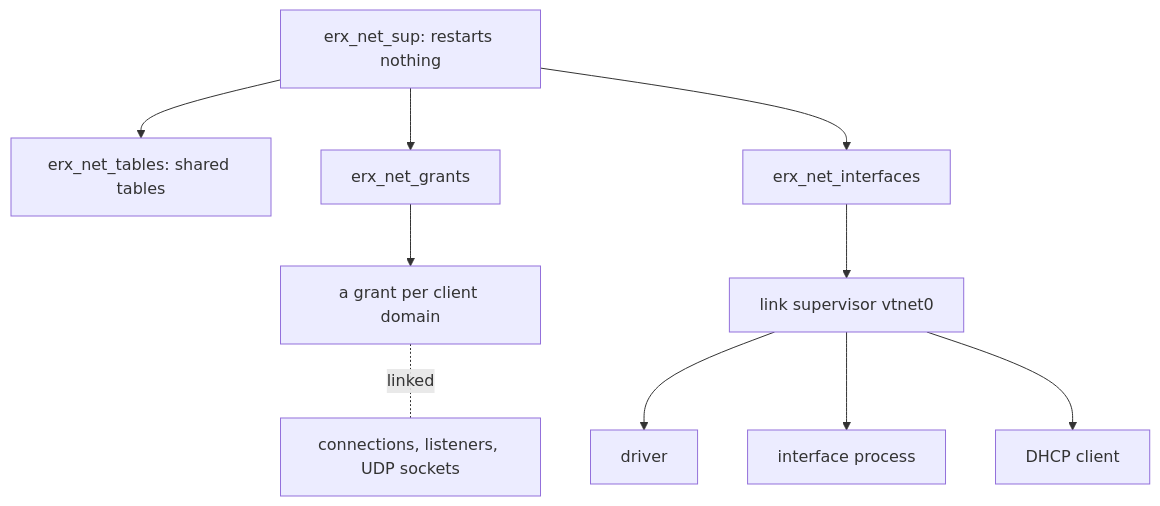
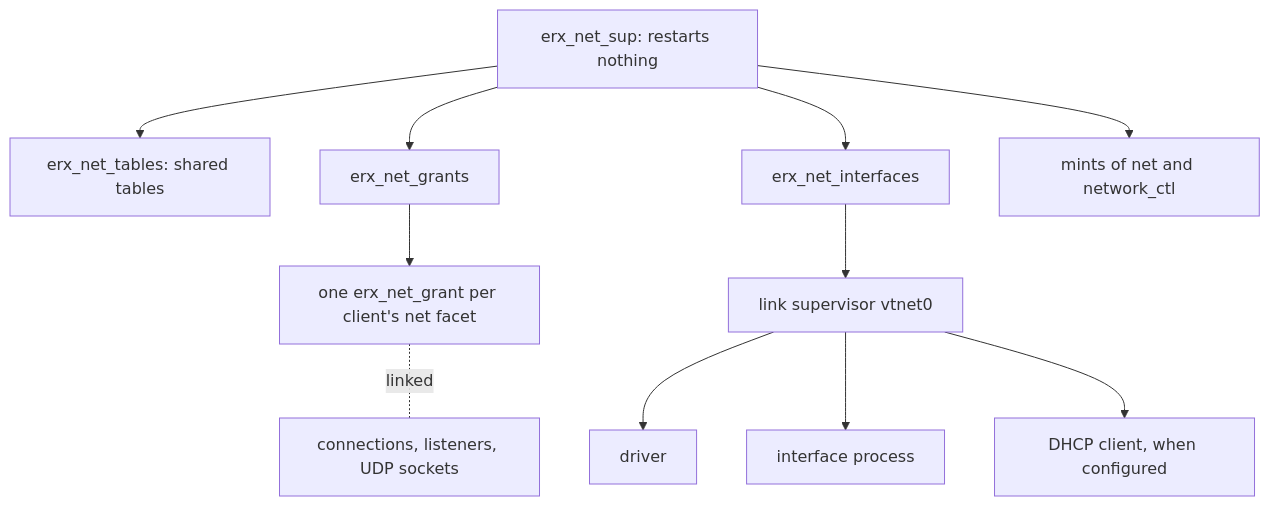
The first of 2 diagrams in docs/book/17-network.md (nshkrdotcom/erXos), drawn with Mermaid before and after one commit. The commit also changed other lines of this file, not shown here.

````diff
--- a/docs/book/17-network.md
+++ b/docs/book/17-network.md
@@ -360,19 +330,21 @@
 ```mermaid
 flowchart TB
   sup["erx_net_sup: restarts nothing"]
   tables["erx_net_tables: shared tables"]
   grants["erx_net_grants"]
-  grant["a grant per client domain"]
+  grant["one erx_net_grant per client's net facet"]
   socks["connections, listeners, UDP sockets"]
   ifs["erx_net_interfaces"]
   link["link supervisor vtnet0"]
   drv["driver"]
   ifp["interface process"]
-  dhcp["DHCP client"]
+  dhcp["DHCP client, when configured"]
+  mints["mints of net and network_ctl"]
   sup --> tables
   sup --> grants --> grant -.linked.- socks
   sup --> ifs --> link
   link --> drv
   link --> ifp
   link --> dhcp
+  sup --> mints
 ```
````
